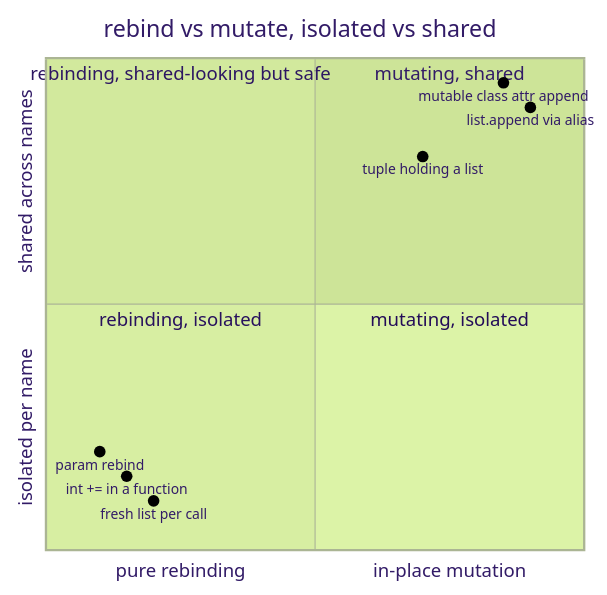
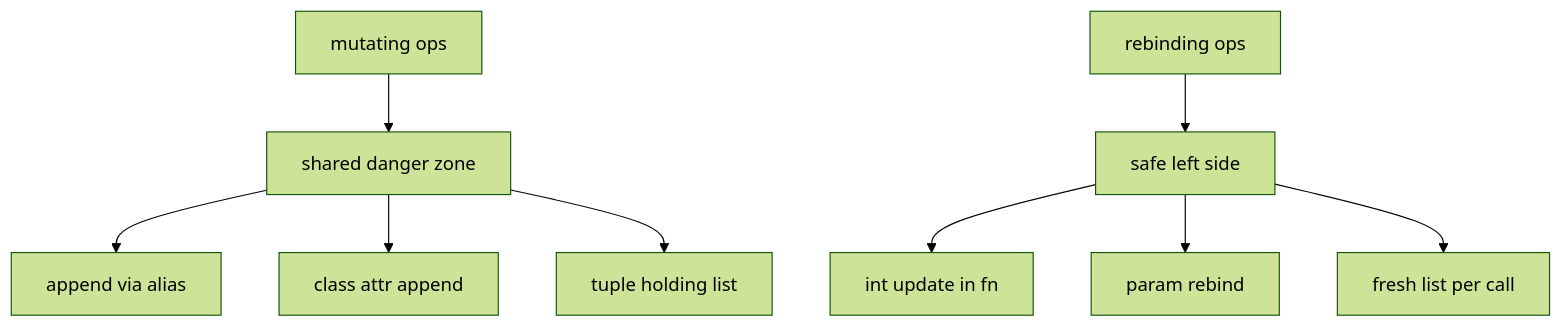
The second of 2 diagrams in docs/learning/11-access-modifiers-and-shared-mutation.md (AslamNazeerShaikh/Python-Material), drawn with Mermaid (forest theme) before and after one commit. The commit also changed other lines of this file and 16 other files, not shown here.

Commit message:
docs(learning): rebuild all mermaid in safe subset

````diff
--- a/docs/learning/11-access-modifiers-and-shared-mutation.md
+++ b/docs/learning/11-access-modifiers-and-shared-mutation.md
@@ -525,16 +525,21 @@
 ```mermaid
-quadrantChart
-    title rebind vs mutate, isolated vs shared
-    x-axis pure rebinding --> in-place mutation
-    y-axis isolated per name --> shared across names
-    quadrant-1 mutating, shared
-    quadrant-2 rebinding, shared-looking but safe
-    quadrant-3 rebinding, isolated
-    quadrant-4 mutating, isolated
-    "list.append via alias": [0.9, 0.9]
-    "mutable class attr append": [0.85, 0.95]
-    "tuple holding a list": [0.7, 0.8]
-    "int += in a function": [0.15, 0.15]
-    "param rebind": [0.1, 0.2]
-    "fresh list per call": [0.2, 0.1]
+flowchart TD
+    MUT[mutating ops]
+    REB[rebinding ops]
+    DANGER[shared danger zone]
+    SAFE[safe left side]
+    D1[append via alias]
+    D2[class attr append]
+    D3[tuple holding list]
+    S1[int update in fn]
+    S2[param rebind]
+    S3[fresh list per call]
+    MUT --> DANGER
+    REB --> SAFE
+    DANGER --> D1
+    DANGER --> D2
+    DANGER --> D3
+    SAFE --> S1
+    SAFE --> S2
+    SAFE --> S3
 ```
````
